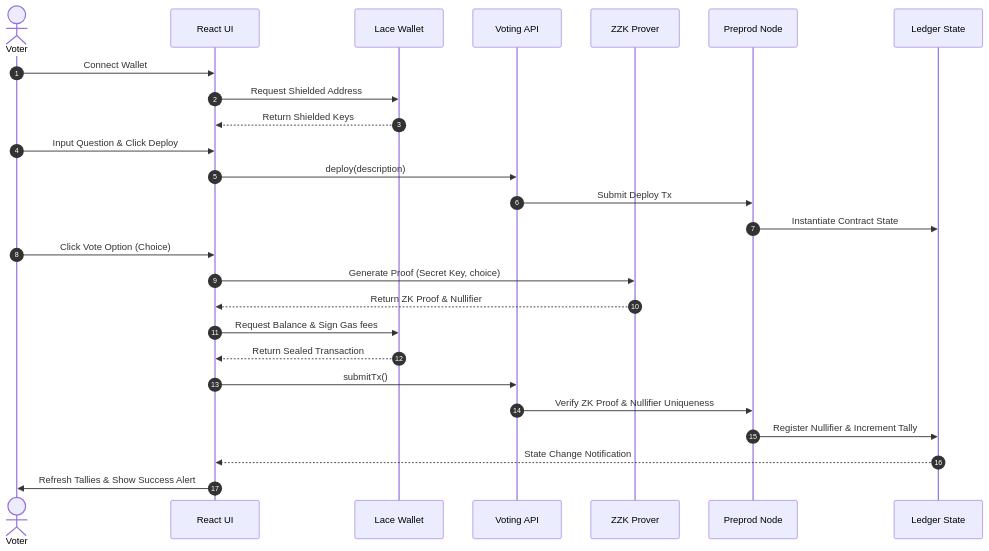
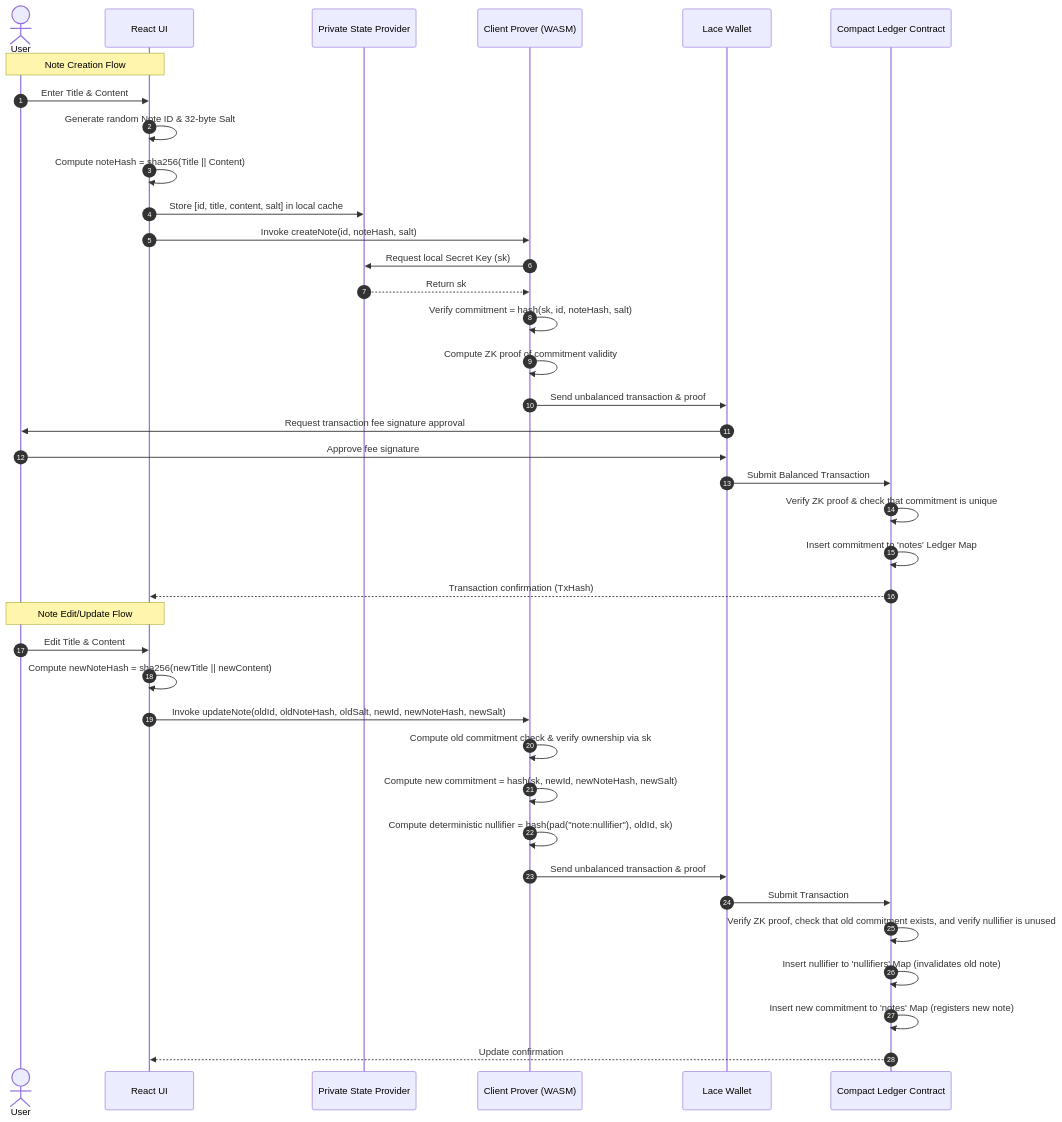
Before and after one commit to sylvia-barick/midnight: the second of 2 diagrams in README.md, drawn with Mermaid. The commit also changed other lines of this file and 66 other files, not shown here.

````diff
--- a/README.md
+++ b/README.md
@@ -134,31 +145,42 @@
 ```mermaid
 sequenceDiagram
     autonumber
-    actor User as Voter
+    actor User
     participant UI as React UI
+    participant Provider as Private State Provider
+    participant Prover as Client Prover (WASM)
     participant Wallet as Lace Wallet
-    participant API as Voting API
-    participant Prover as ZZK Prover
-    participant Node as Preprod Node
-    participant Ledger as Ledger State
+    participant Contract as Compact Ledger Contract
 
-    User->>UI: Connect Wallet
-    UI->>Wallet: Request Shielded Address
-    Wallet-->>UI: Return Shielded Keys
-    
-    User->>UI: Input Question & Click Deploy
-    UI->>API: deploy(description)
-    API->>Node: Submit Deploy Tx
-    Node->>Ledger: Instantiate Contract State
+    Note over User, UI: Note Creation Flow
+    User->>UI: Enter Title & Content
+    UI->>UI: Generate random Note ID & 32-byte Salt
+    UI->>UI: Compute noteHash = sha256(Title || Content)
+    UI->>Provider: Store [id, title, content, salt] in local cache
+    UI->>Prover: Invoke createNote(id, noteHash, salt)
+    Prover->>Provider: Request local Secret Key (sk)
+    Provider-->>Prover: Return sk
+    Prover->>Prover: Verify commitment = hash(sk, id, noteHash, salt)
+    Prover->>Prover: Compute ZK proof of commitment validity
+    Prover->>Wallet: Send unbalanced transaction & proof
+    Wallet->>User: Request transaction fee signature approval
+    User->>Wallet: Approve fee signature
+    Wallet->>Contract: Submit Balanced Transaction
+    Contract->>Contract: Verify ZK proof & check that commitment is unique
+    Contract->>Contract: Insert commitment to 'notes' Ledger Map
+    Contract-->>UI: Transaction confirmation (TxHash)
 
-    User->>UI: Click Vote Option (Choice)
-    UI->>Prover: Generate Proof (Secret Key, choice)
-    Prover-->>UI: Return ZK Proof & Nullifier
-    UI->>Wallet: Request Balance & Sign Gas fees
-    Wallet-->>UI: Return Sealed Transaction
-    UI->>API: submitTx()
-    API->>Node: Verify ZK Proof & Nullifier Uniqueness
-    Node->>Ledger: Register Nullifier & Increment Tally
-    Ledger-->>UI: State Change Notification
-    UI->>User: Refresh Tallies & Show Success Alert
+    Note over User, UI: Note Edit/Update Flow
+    User->>UI: Edit Title & Content
+    UI->>UI: Compute newNoteHash = sha256(newTitle || newContent)
+    UI->>Prover: Invoke updateNote(oldId, oldNoteHash, oldSalt, newId, newNoteHash, newSalt)
+    Prover->>Prover: Compute old commitment check & verify ownership via sk
+    Prover->>Prover: Compute new commitment = hash(sk, newId, newNoteHash, newSalt)
+    Prover->>Prover: Compute deterministic nullifier = hash(pad("note:nullifier"), oldId, sk)
+    Prover->>Wallet: Send unbalanced transaction & proof
+    Wallet->>Contract: Submit Transaction
+    Contract->>Contract: Verify ZK proof, check that old commitment exists, and verify nullifier is unused
+    Contract->>Contract: Insert nullifier to 'nullifiers' Map (invalidates old note)
+    Contract->>Contract: Insert new commitment to 'notes' Map (registers new note)
+    Contract-->>UI: Update confirmation
 ```
````
